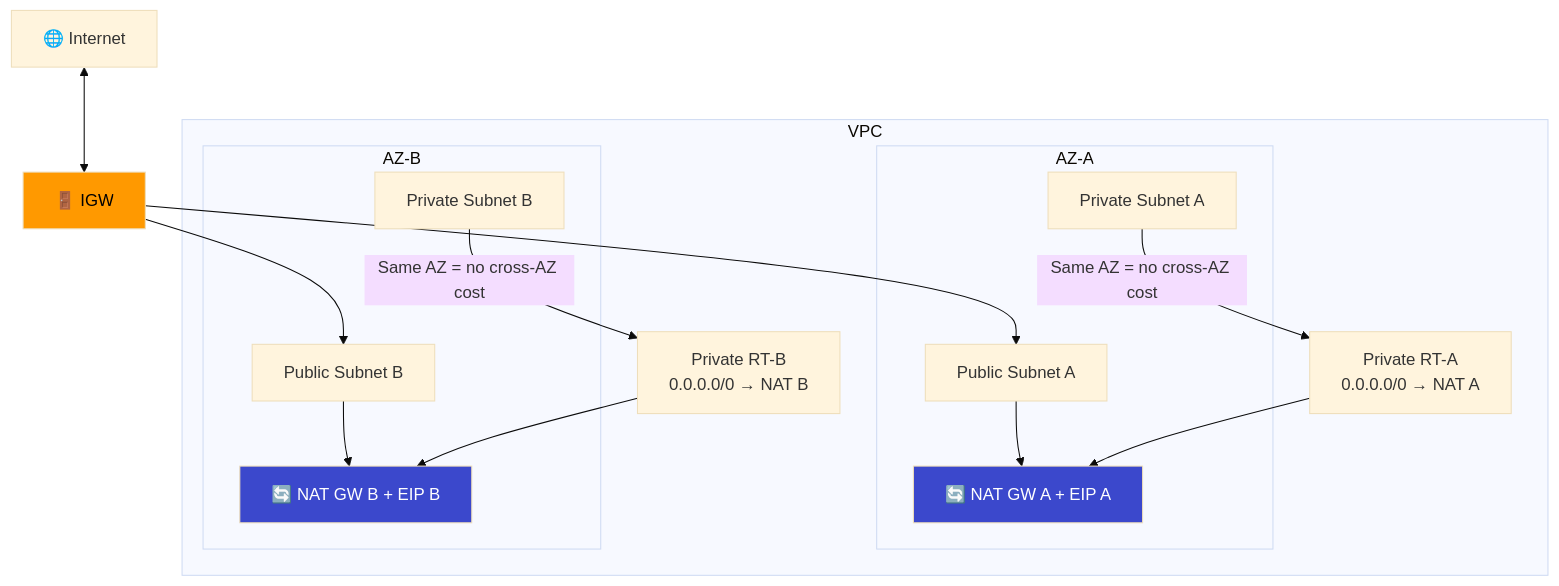
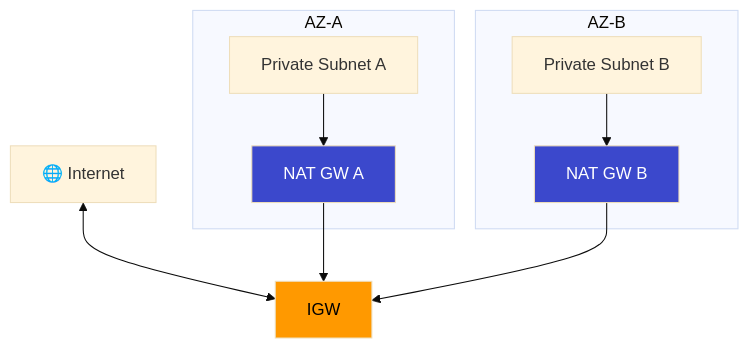
Diagram 15 of 17 in 05-nat-gateway/README.md (selvakumarperumal/AWS_Provisioning_with_Terraform), drawn with Mermaid (base theme) before and after one commit. The commit also changed other lines of this file, not shown here.

Commit message:
docs: nat updated again

````diff
--- a/05-nat-gateway/README.md
+++ b/05-nat-gateway/README.md
@@ -601,33 +580,23 @@
 ```mermaid
 graph TB
-    Internet["🌐 Internet"]
-    IGW["🚪 IGW"]
+    Internet["🌐 Internet"] <--> IGW["IGW"]
 
-    subgraph VPC["VPC"]
-        subgraph AZ_A["AZ-A"]
-            PubA["Public Subnet A"]
-            NAT_A["🔄 NAT GW A + EIP A"]
-            PrivA["Private Subnet A"]
-        end
-
-        subgraph AZ_B["AZ-B"]
-            PubB["Public Subnet B"]
-            NAT_B["🔄 NAT GW B + EIP B"]
-            PrivB["Private Subnet B"]
-        end
-
-        PrivRTA["Private RT-A<br/>0.0.0.0/0 → NAT A"]
-        PrivRTB["Private RT-B<br/>0.0.0.0/0 → NAT B"]
+    subgraph AZ_A["AZ-A"]
+        NAT_A["NAT GW A"] 
+        PrivA["Private Subnet A"]
+        PrivA --> NAT_A
     end
 
-    Internet <--> IGW
-    IGW --> PubA & PubB
-    PubA --> NAT_A
-    PubB --> NAT_B
-    PrivA -->|"Same AZ = no cross-AZ cost"| PrivRTA --> NAT_A
-    PrivB -->|"Same AZ = no cross-AZ cost"| PrivRTB --> NAT_B
+    subgraph AZ_B["AZ-B"]
+        NAT_B["NAT GW B"]
+        PrivB["Private Subnet B"]
+        PrivB --> NAT_B
+    end
+
+    NAT_A --> IGW
+    NAT_B --> IGW
 
     style NAT_A fill:#3b48cc,color:#fff
     style NAT_B fill:#3b48cc,color:#fff
     style IGW fill:#ff9900,color:#000
 ```
````
